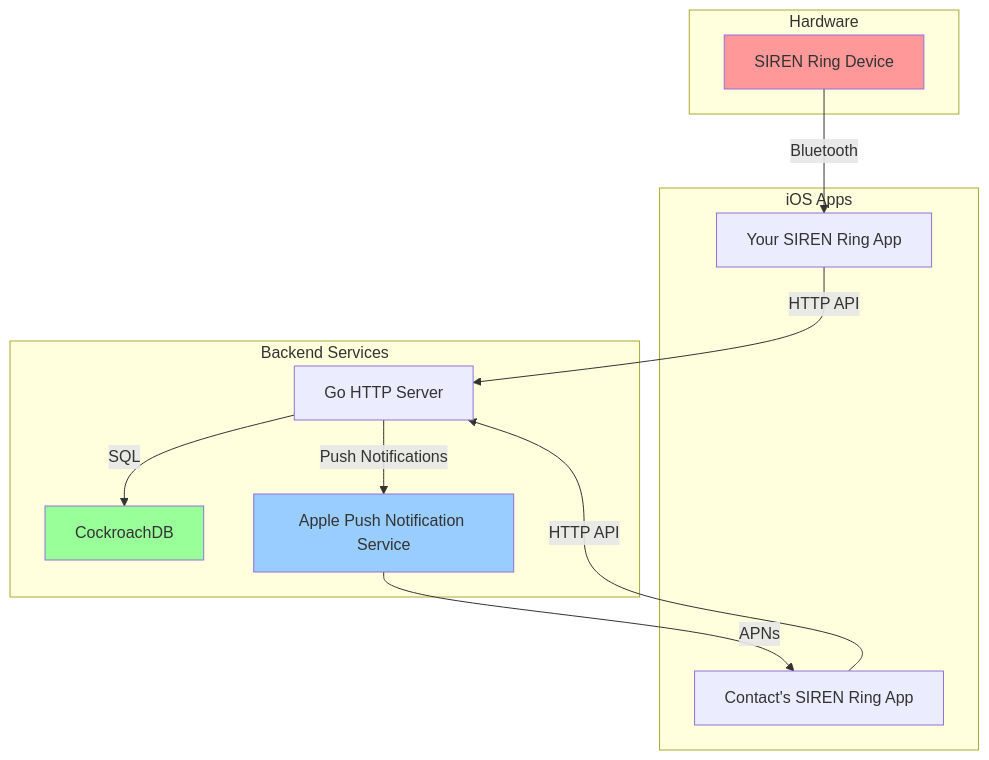
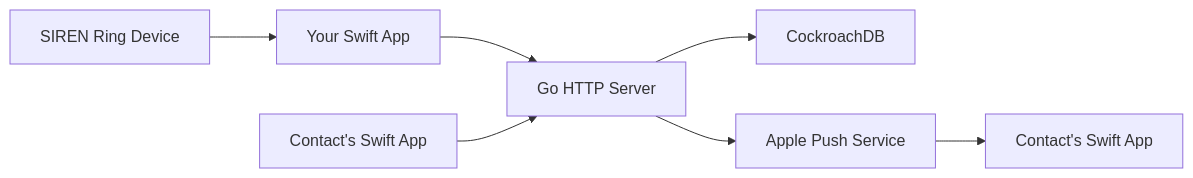
Before and after one commit to okeith12/siren-ring: the diagram in Siren Ring/architecture-flow.md, drawn with Mermaid. The commit also changed other lines of this file, not shown here.

Commit message:
updat diagram

````diff
--- a/Siren Ring/architecture-flow.md
+++ b/Siren Ring/architecture-flow.md
@@ -90,28 +5,10 @@
 ```mermaid
-graph TB
-    subgraph "iOS Apps"
-        A[Your SIREN Ring App]
-        B[Contact's SIREN Ring App]
-    end
+flowchart LR
+    A[SIREN Ring Device] --> B[Your Swift App]
+    B --> C[Go HTTP Server]
+    C --> D[CockroachDB]
+    C --> E[Apple Push Service]
+    E --> F[Contact's Swift App]
     
-    subgraph "Backend Services"
-        C[Go HTTP Server]
-        D[CockroachDB]
-        E[Apple Push Notification Service]
-    end
-    
-    subgraph "Hardware"
-        F[SIREN Ring Device]
-    end
-    
-    F -->|Bluetooth| A
-    A -->|HTTP API| C
-    B -->|HTTP API| C
-    C -->|SQL| D
-    C -->|Push Notifications| E
-    E -->|APNs| B
-    
-    style F fill:#ff9999
-    style E fill:#99ccff
-    style D fill:#99ff99
+    G[Contact's Swift App] --> C
 ```
````
